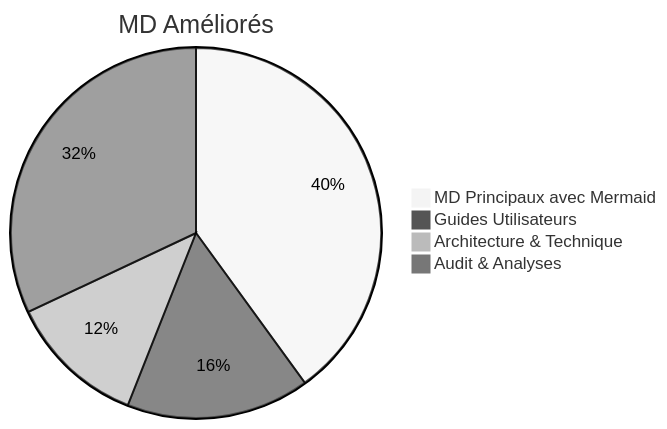
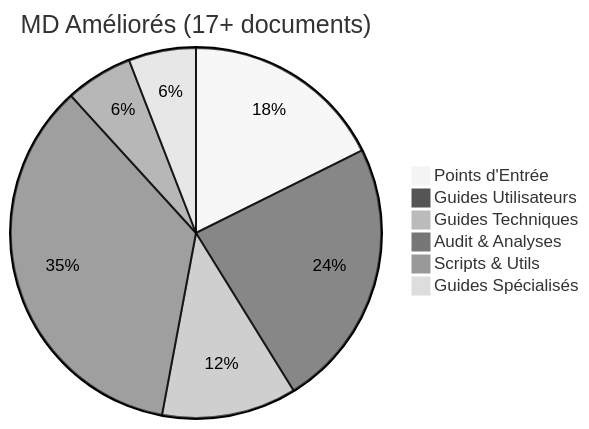
The first of 3 diagrams in docs/RESUME_AMELIORATIONS_MD_VISUEL.md (arkalia-luna-system/bbia-sim), drawn with Mermaid (neutral theme) before and after one commit. The commit also changed other lines of this file, not shown here.

First line of the commit message:
docs: mise à jour récapitulatif avec nouvelles améliorations

````diff
--- a/docs/RESUME_AMELIORATIONS_MD_VISUEL.md
+++ b/docs/RESUME_AMELIORATIONS_MD_VISUEL.md
@@ -12,7 +12,9 @@
 ```mermaid
-pie title MD Améliorés
-    "MD Principaux avec Mermaid" : 10
+pie title MD Améliorés (17+ documents)
+    "Points d'Entrée" : 3
     "Guides Utilisateurs" : 4
-    "Architecture & Technique" : 3
-    "Audit & Analyses" : 8
+    "Guides Techniques" : 2
+    "Audit & Analyses" : 6
+    "Scripts & Utils" : 1
+    "Guides Spécialisés" : 1
 ```
````
